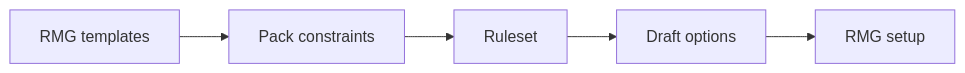
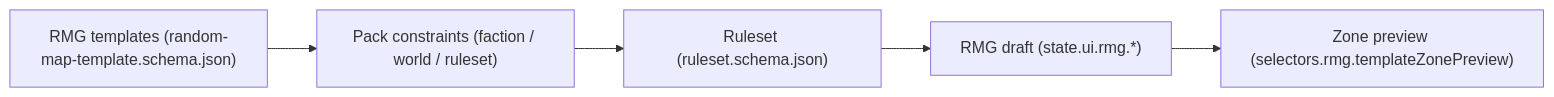
One commit to SunaNoOshiro/Heroes_Reforged_AI_Realms changed the second of 5 diagrams in docs/architecture/wiki/screens/06-random-map-setup/architecture.md. Above: the diagram before and after it, drawn with Mermaid. The commit also changed other lines of this file and 518 other files, not shown here.

First line of the commit message:
Add doc-audit skill and sweep architecture/screen docs

````diff
--- a/docs/architecture/wiki/screens/06-random-map-setup/architecture.md
+++ b/docs/architecture/wiki/screens/06-random-map-setup/architecture.md
@@ -34,8 +38,7 @@
 ```mermaid
 flowchart LR
-  L0["RMG templates"] --> L1
-  L1["Pack constraints"] --> L2
-  L2["Ruleset"] --> L3
-  L3["Draft options"] --> L4
-  L4["RMG setup"]
+  L0["RMG templates (random-map-template.schema.json)"] --> L1["Pack constraints (faction / world / ruleset)"]
+  L1 --> L2["Ruleset (ruleset.schema.json)"]
+  L2 --> L3["RMG draft (state.ui.rmg.*)"]
+  L3 --> L4["Zone preview (selectors.rmg.templateZonePreview)"]
 ```
````
